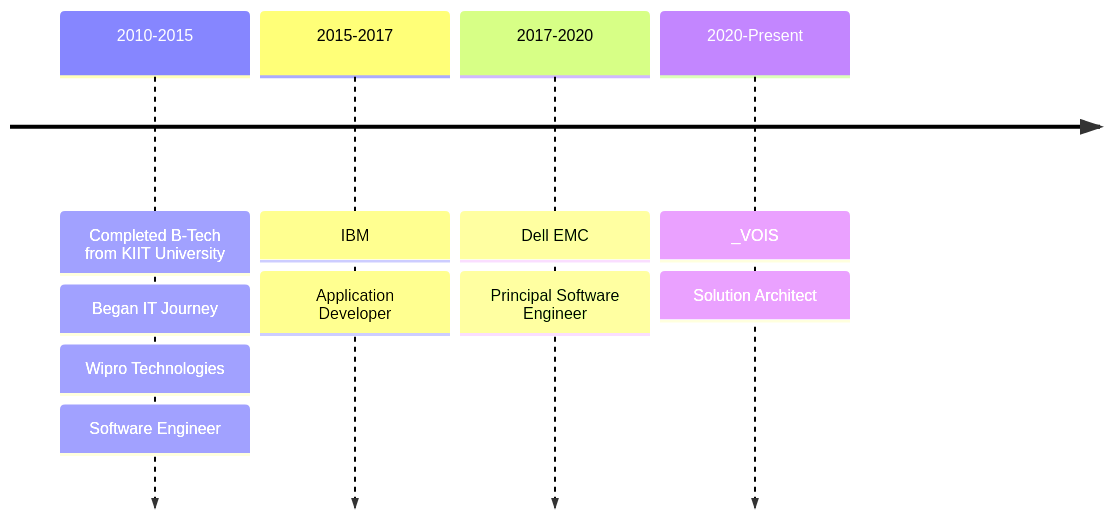
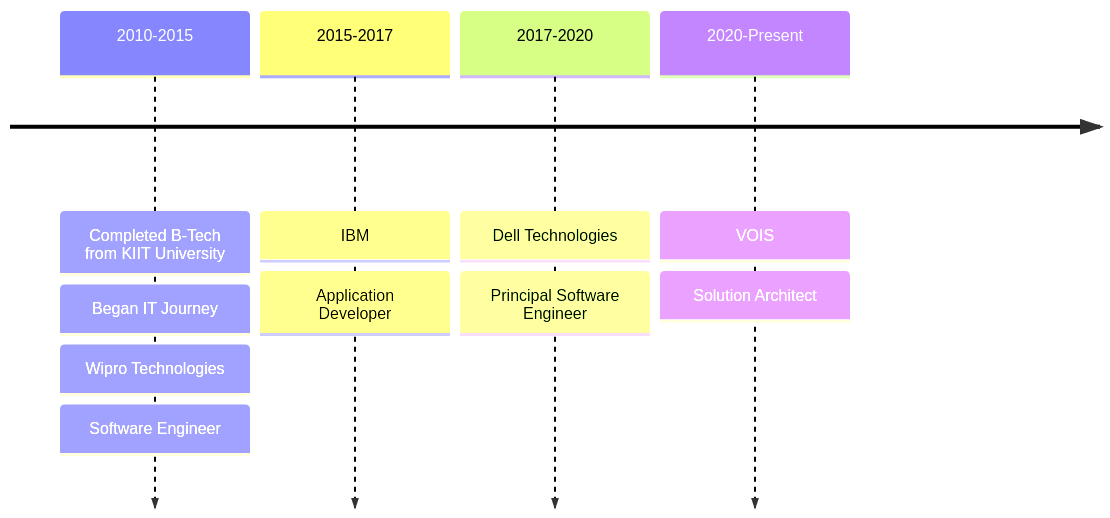
Before and after one commit to sumitsahoo/sumitsahoo: the diagram in README.md, drawn with Mermaid.

````diff
--- a/README.md
+++ b/README.md
@@ -36,7 +36,7 @@
 ```mermaid
 timeline
     2010-2015 : Completed B-Tech from KIIT University : Began IT Journey : Wipro Technologies : Software Engineer
     2015-2017 : IBM : Application Developer
-    2017-2020 : Dell EMC : Principal Software Engineer
-    2020-Present : _VOIS : Solution Architect
+    2017-2020 : Dell Technologies : Principal Software Engineer
+    2020-Present : VOIS : Solution Architect
 ```
````
